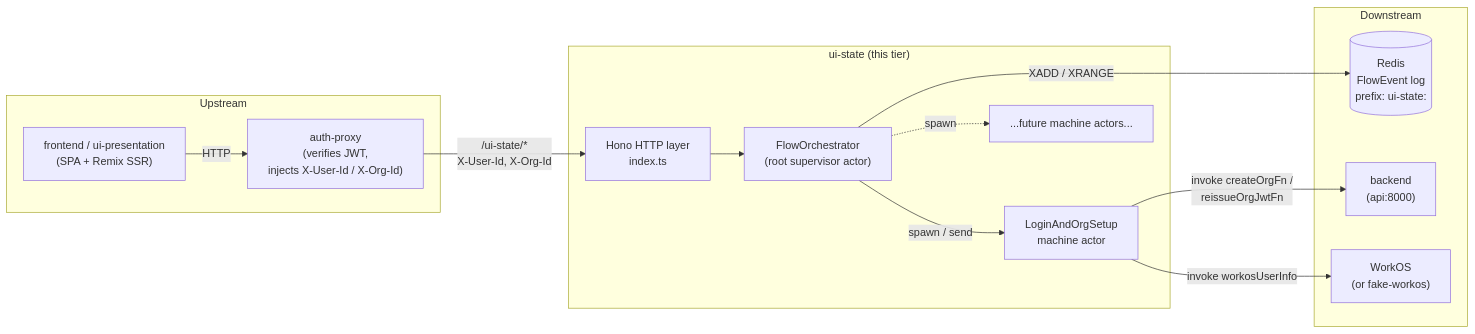
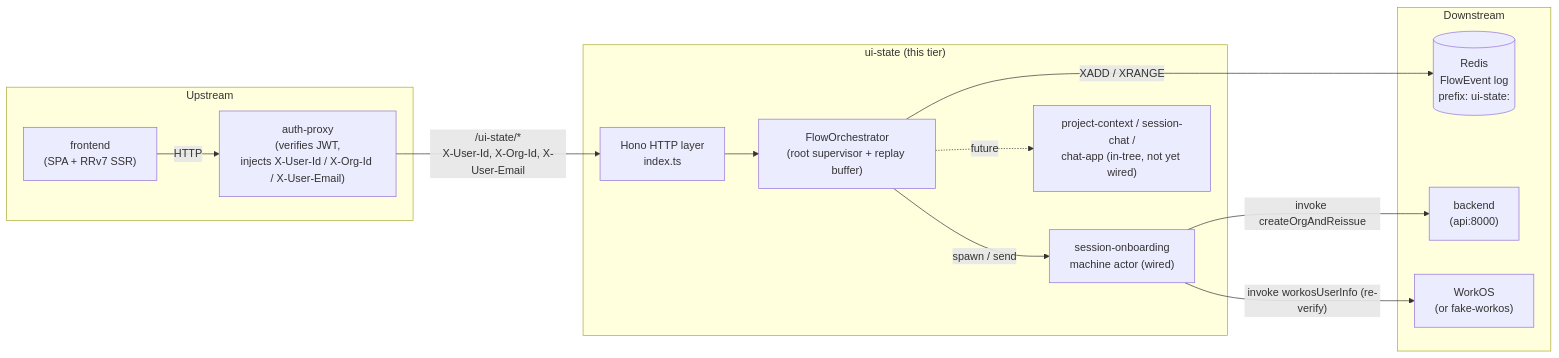
The first of 3 diagrams in ui-state/README.md (jzallen/dashboard-chat), drawn with Mermaid before and after one commit. The commit also changed other lines of this file, not shown here.

First line of the commit message:
docs(ui-state): refresh top-level README for current architecture

````diff
--- a/ui-state/README.md
+++ b/ui-state/README.md
@@ -9,30 +9,30 @@
 ```mermaid
 flowchart LR
-    %% Layout: stack the runtime upstream on the left, ui-state in the middle, persistence + downstream on the right.
+    %% Layout: runtime upstream on the left, ui-state in the middle, persistence + downstream on the right.
     subgraph Upstream
-        FE["frontend / ui-presentation<br/>(SPA + Remix SSR)"]
-        AP["auth-proxy<br/>(verifies JWT,<br/>injects X-User-Id / X-Org-Id)"]
+        FE["frontend<br/>(SPA + RRv7 SSR)"]
+        AP["auth-proxy<br/>(verifies JWT,<br/>injects X-User-Id / X-Org-Id / X-User-Email)"]
         FE -->|"HTTP"| AP
     end
 
     subgraph "ui-state (this tier)"
         H["Hono HTTP layer<br/>index.ts"]
-        ORCH["FlowOrchestrator<br/>(root supervisor actor)"]
-        M1["LoginAndOrgSetup<br/>machine actor"]
-        M2["...future machine actors..."]
+        ORCH["FlowOrchestrator<br/>(root supervisor + replay buffer)"]
+        M1["session-onboarding<br/>machine actor (wired)"]
+        M2["project-context / session-chat /<br/>chat-app (in-tree, not yet wired)"]
         H --> ORCH
         ORCH -->|"spawn / send"| M1
-        ORCH -.->|"spawn"| M2
+        ORCH -.->|"future"| M2
     end
 
     subgraph Downstream
         R[(Redis<br/>FlowEvent log<br/>prefix: ui-state:)]
         BE["backend<br/>(api:8000)"]
         WOS["WorkOS<br/>(or fake-workos)"]
     end
 
-    AP -->|"/ui-state/*<br/>X-User-Id, X-Org-Id"| H
+    AP -->|"/ui-state/*<br/>X-User-Id, X-Org-Id, X-User-Email"| H
     ORCH -->|"XADD / XRANGE"| R
-    M1 -->|"invoke createOrgFn /<br/>reissueOrgJwtFn"| BE
-    M1 -->|"invoke workosUserInfo"| WOS
+    M1 -->|"invoke createOrgAndReissue"| BE
+    M1 -->|"invoke workosUserInfo (re-verify)"| WOS
 ```
````
